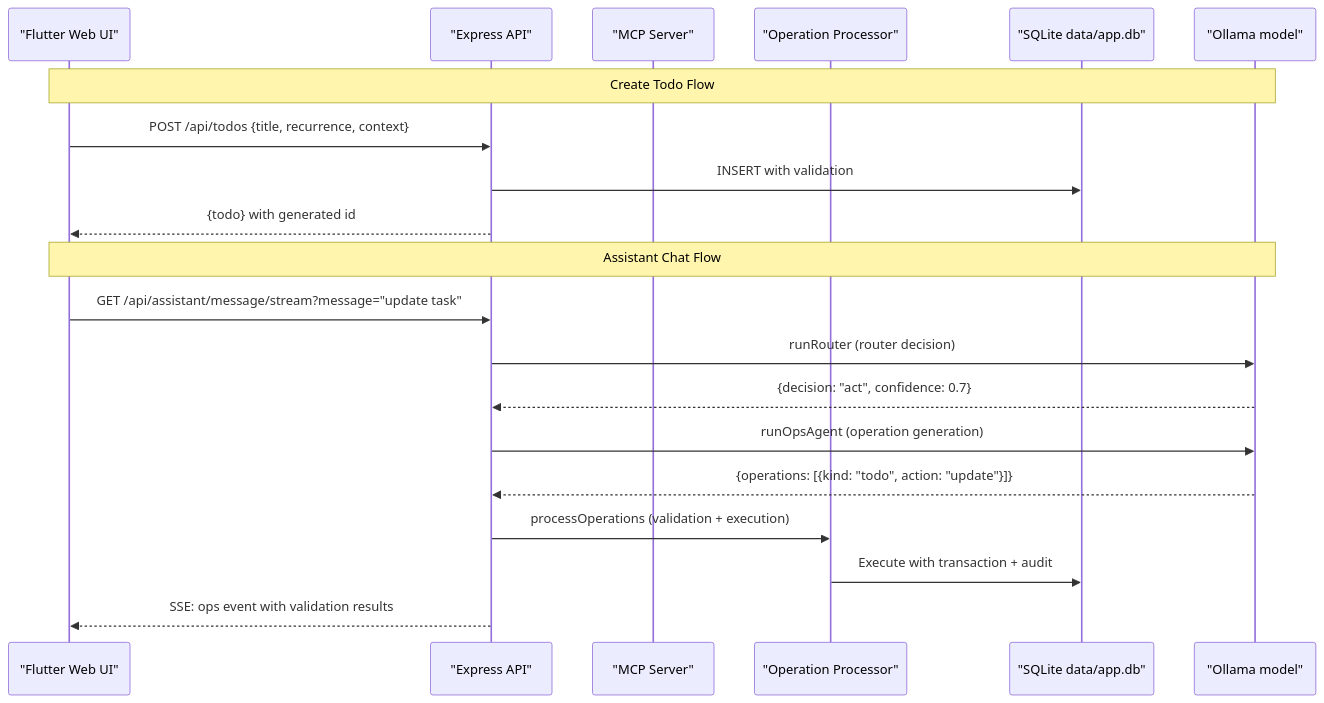
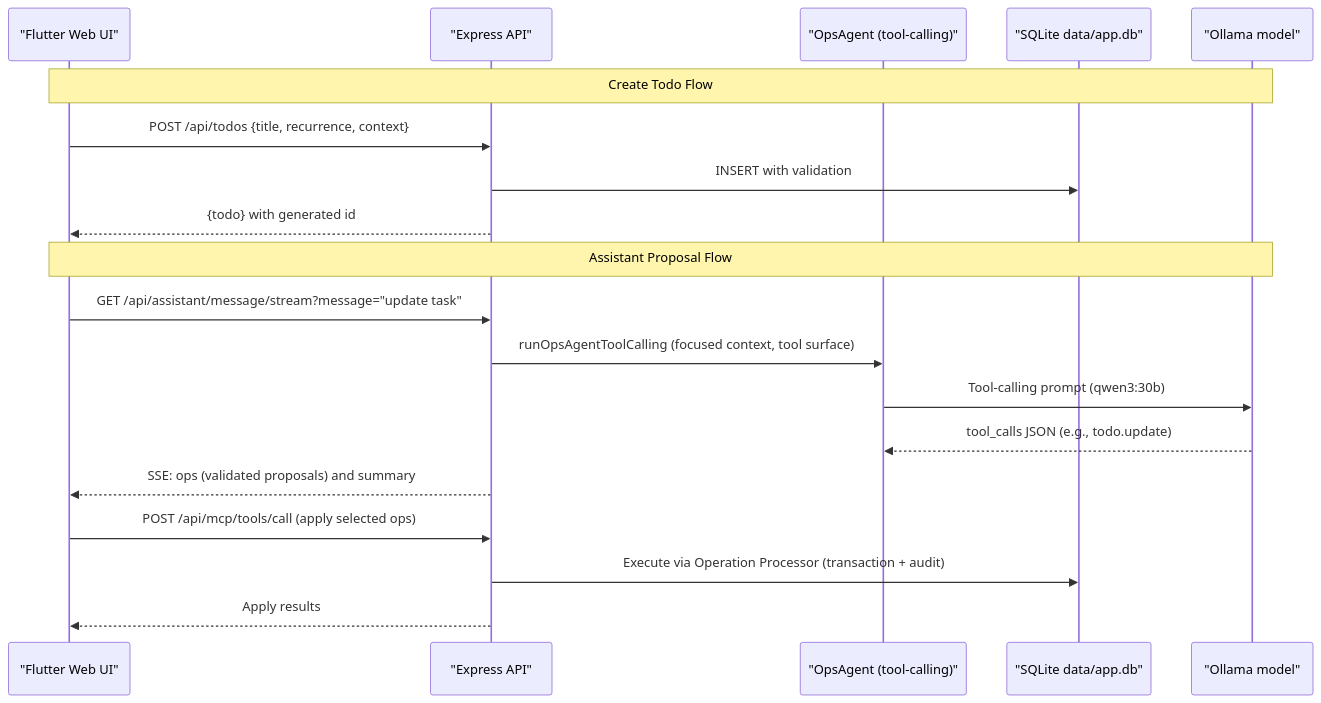
The second of 2 diagrams in docs/mindmap/README.md (dantheman454/habit_app), drawn with Mermaid before and after one commit. The commit also changed other lines of this file and 37 other files, not shown here.

````diff
--- a/docs/mindmap/README.md
+++ b/docs/mindmap/README.md
@@ -40,24 +39,23 @@
 ```mermaid
 sequenceDiagram
   participant UI as "Flutter Web UI"
   participant API as "Express API"
-  participant MCP as "MCP Server"
-  participant OPS as "Operation Processor"
+  participant OPS as "OpsAgent (tool-calling)"
   participant DB as "SQLite data/app.db"
   participant LLM as "Ollama model"
 
   Note over UI,LLM: Create Todo Flow
   UI->>API: POST /api/todos {title, recurrence, context}
   API->>DB: INSERT with validation
   API-->>UI: {todo} with generated id
 
-  Note over UI,LLM: Assistant Chat Flow
+  Note over UI,LLM: Assistant Proposal Flow
   UI->>API: GET /api/assistant/message/stream?message="update task"
-  API->>LLM: runRouter (router decision)
-  LLM-->>API: {decision: "act", confidence: 0.7}
-  API->>LLM: runOpsAgent (operation generation)
-  LLM-->>API: {operations: [{kind: "todo", action: "update"}]}
-  API->>OPS: processOperations (validation + execution)
-  OPS->>DB: Execute with transaction + audit
-  API-->>UI: SSE: ops event with validation results
+  API->>OPS: runOpsAgentToolCalling (focused context, tool surface)
+  OPS->>LLM: Tool-calling prompt (qwen3:30b)
+  LLM-->>OPS: tool_calls JSON (e.g., todo.update)
+  API-->>UI: SSE: ops (validated proposals) and summary
+  UI->>API: POST /api/mcp/tools/call (apply selected ops)
+  API->>DB: Execute via Operation Processor (transaction + audit)
+  API-->>UI: Apply results
 ```
````
